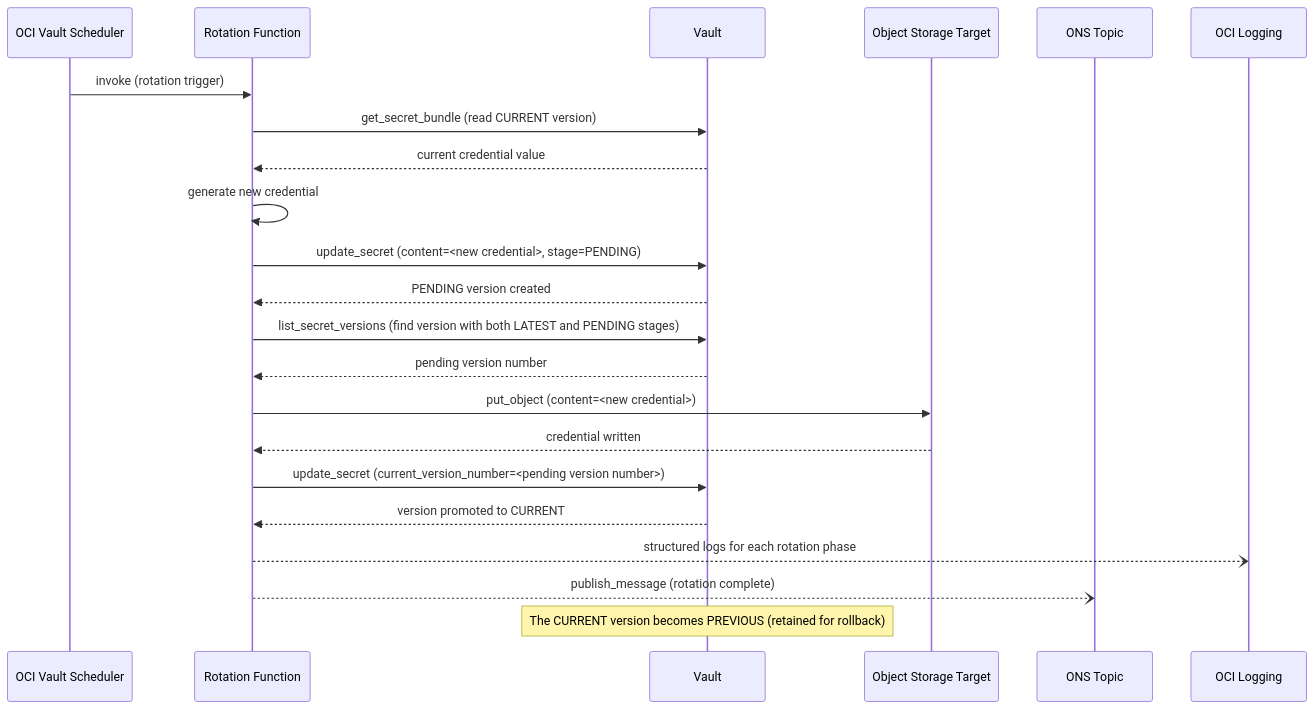
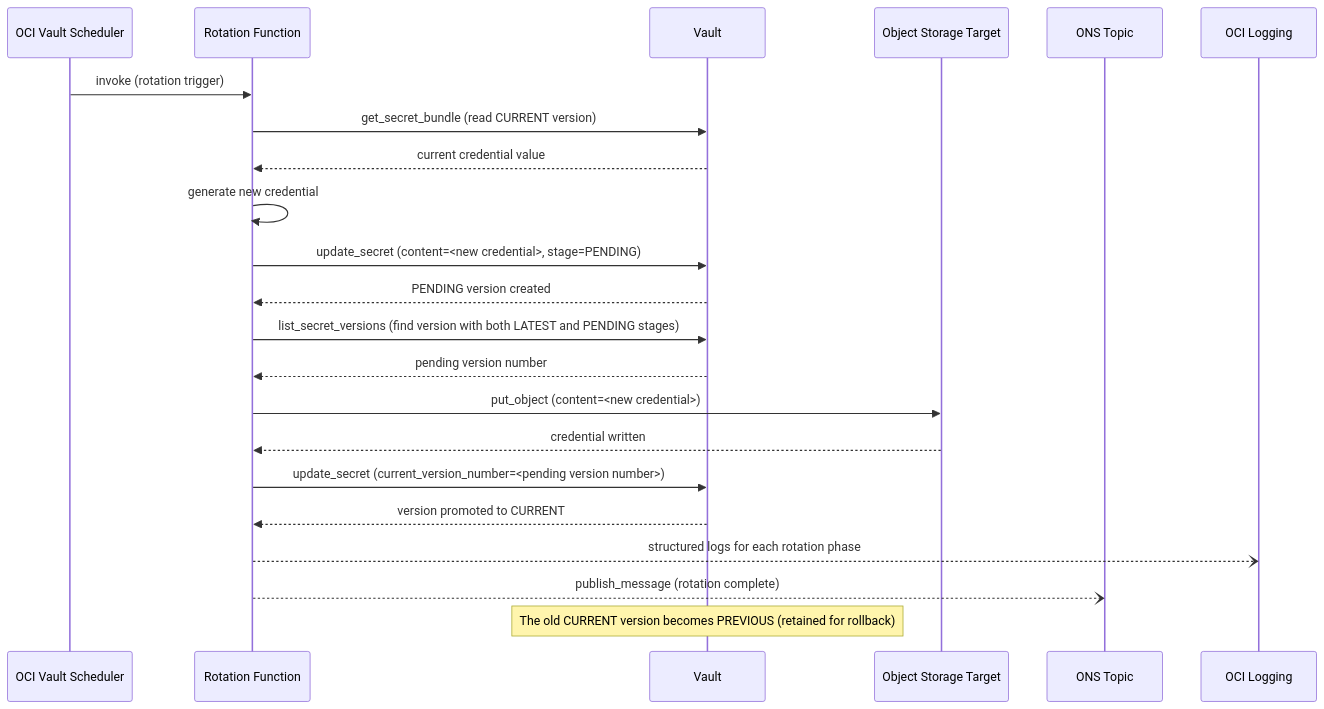
Before and after one commit to perspectivism/oci-secret-rotation: the second of 3 diagrams in docs/design.md, drawn with Mermaid. The commit also changed other lines of this file and 4 other files, not shown here.

First line of the commit message:
docs: split architecture diagram, add IAM authorization model, harden threat model, standardize formatting

````diff
--- a/docs/design.md
+++ b/docs/design.md
@@ -104,25 +90,25 @@
 ```mermaid
 sequenceDiagram
     participant VS as OCI Vault Scheduler
     participant FN as Rotation Function
     participant VW as Vault
     participant OS as Object Storage Target
     participant ONS as ONS Topic
     participant LG as OCI Logging
 
     VS->>FN: invoke (rotation trigger)
     FN->>VW: get_secret_bundle (read CURRENT version)
     VW-->>FN: current credential value
     FN->>FN: generate new credential
     FN->>VW: update_secret (content=<new credential>, stage=PENDING)
     VW-->>FN: PENDING version created
     FN->>VW: list_secret_versions (find version with both LATEST and PENDING stages)
     VW-->>FN: pending version number
     FN->>OS: put_object (content=<new credential>)
     OS-->>FN: credential written
     FN->>VW: update_secret (current_version_number=<pending version number>)
     VW-->>FN: version promoted to CURRENT
     FN--)LG: structured logs for each rotation phase
     FN--)ONS: publish_message (rotation complete)
-    Note over VW: The CURRENT version becomes PREVIOUS (retained for rollback)
+    Note over VW: The old CURRENT version becomes PREVIOUS (retained for rollback)
 ```
````
